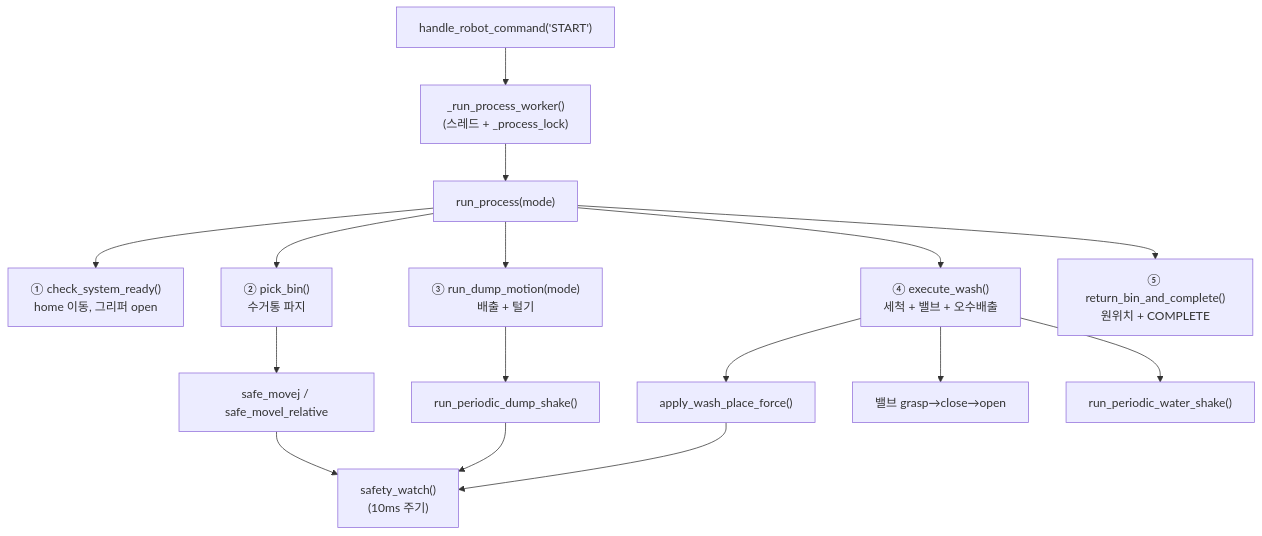
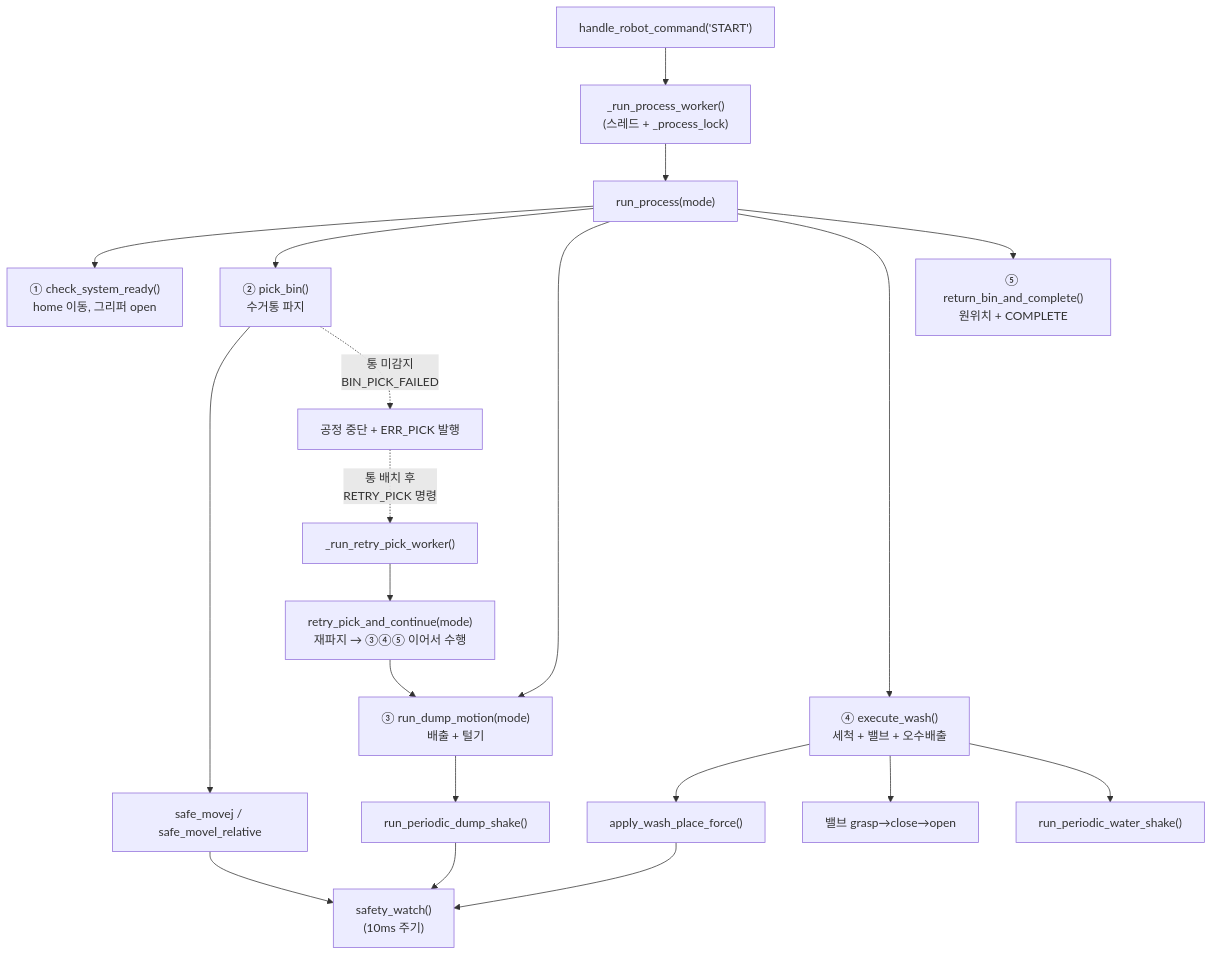
Before and after one commit to Rokey-B-4/auto-dump-bot: the fourth of 10 diagrams in code/robot_ws/src/auto_dump_robot_pkg/docs/motion_controller_분석.md, drawn with Mermaid. The commit also changed other lines of this file and 7 other files, not shown here.

````diff
--- a/code/robot_ws/src/auto_dump_robot_pkg/docs/motion_controller_분석.md
+++ b/code/robot_ws/src/auto_dump_robot_pkg/docs/motion_controller_분석.md
@@ -129,20 +157,25 @@
 ```mermaid
 flowchart TB
     START["handle_robot_command('START')"] --> W["_run_process_worker()<br/>(스레드 + _process_lock)"]
     W --> RP["run_process(mode)"]
     RP --> S1["① check_system_ready()<br/>home 이동, 그리퍼 open"]
     RP --> S2["② pick_bin()<br/>수거통 파지"]
     RP --> S3["③ run_dump_motion(mode)<br/>배출 + 털기"]
     RP --> S4["④ execute_wash()<br/>세척 + 밸브 + 오수배출"]
     RP --> S5["⑤ return_bin_and_complete()<br/>원위치 + COMPLETE"]
 
     S2 --> M["safe_movej / safe_movel_relative"]
+    S2 -.->|"통 미감지<br/>BIN_PICK_FAILED"| FAIL["공정 중단 + ERR_PICK 발행"]
     S3 --> SH["run_periodic_dump_shake()"]
     S4 --> AF["apply_wash_place_force()"]
     S4 --> WV["밸브 grasp→close→open"]
     S4 --> WS["run_periodic_water_shake()"]
     M --> SW
     SH --> SW
     AF --> SW
     SW["safety_watch()<br/>(10ms 주기)"]
+
+    FAIL -.->|"통 배치 후<br/>RETRY_PICK 명령"| RT["_run_retry_pick_worker()"]
+    RT --> RTC["retry_pick_and_continue(mode)<br/>재파지 → ③④⑤ 이어서 수행"]
+    RTC --> S3
 ```
````
